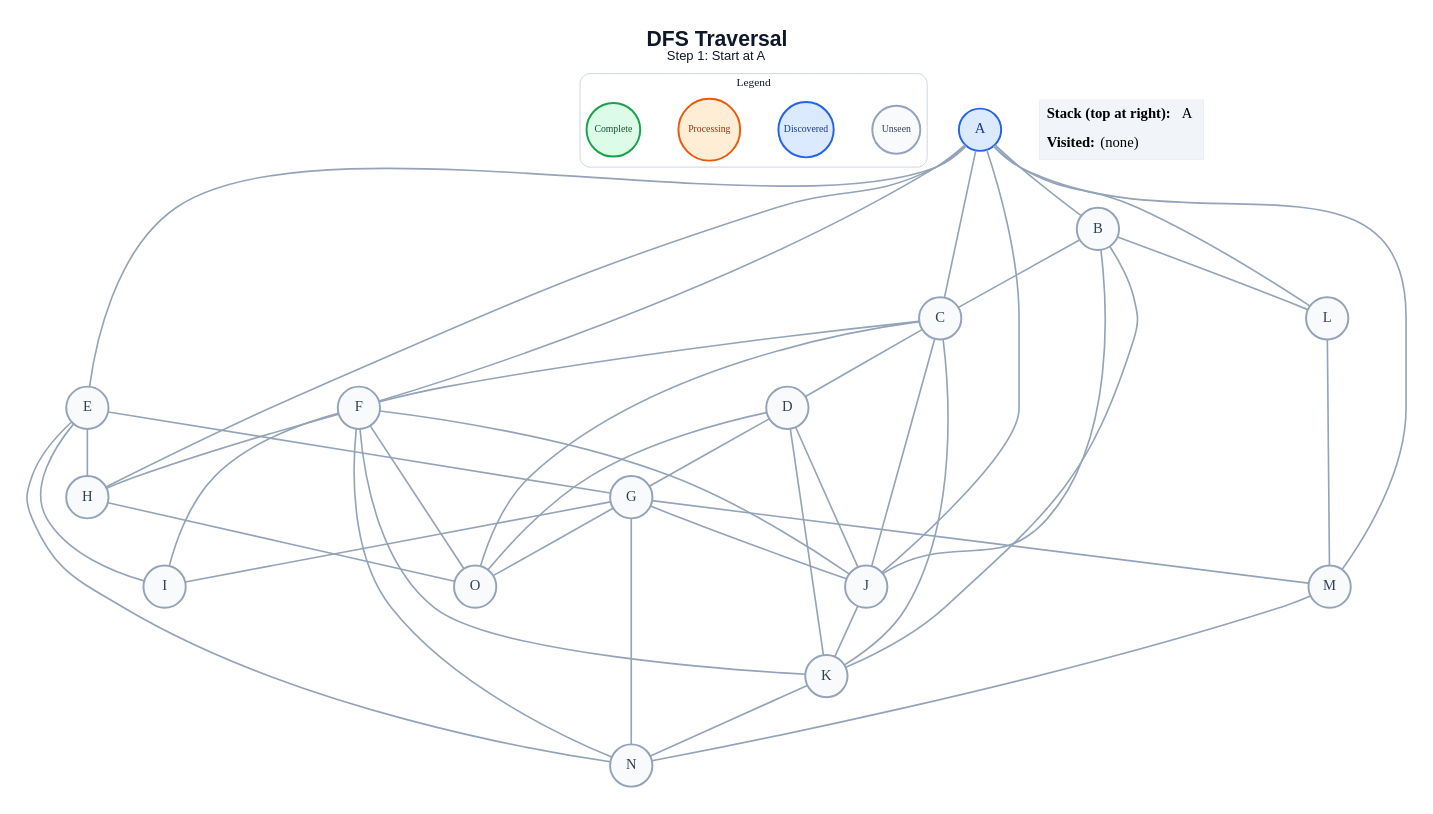
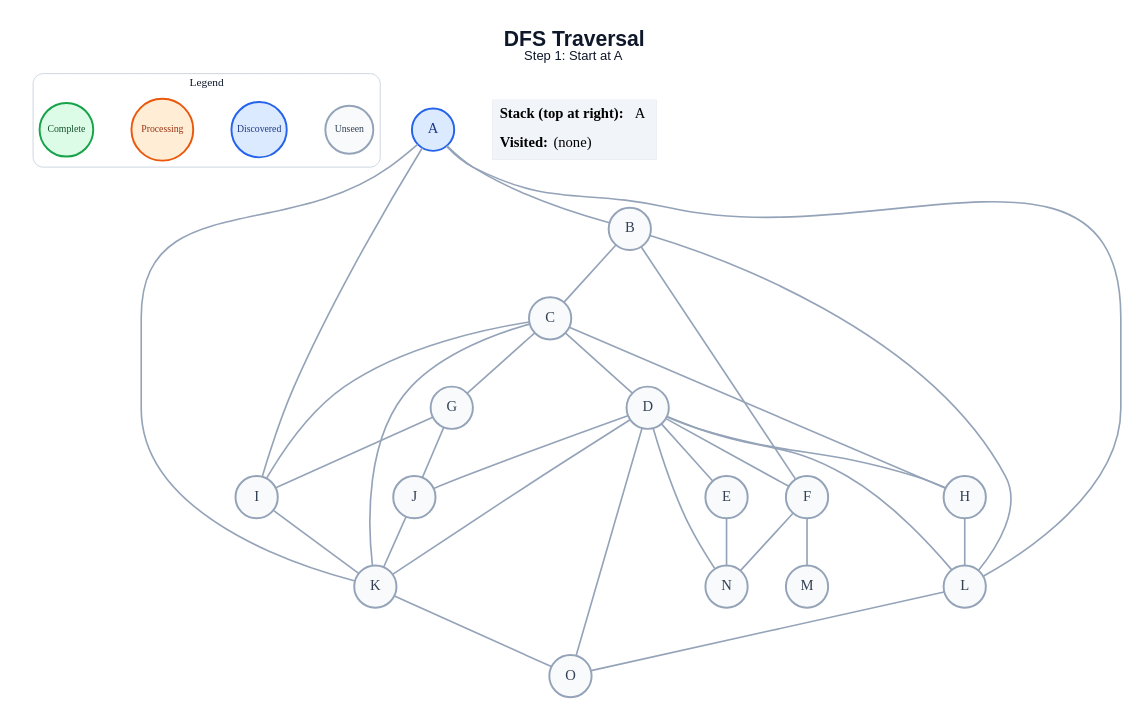
Before and after one commit to anon7238593-create/ai-slop: the diagram in generated/dfs/step_01.dot, drawn with Graphviz. The commit also changed 268 other files, not shown here.

```diff
--- a/generated/dfs/step_01.dot
+++ b/generated/dfs/step_01.dot
@@ -1,75 +1,64 @@
 graph traversal {
   graph [layout=dot, rankdir=TB, bgcolor="#FFFFFF", pad="0.35", nodesep="0.65", ranksep="0.8", fontname="Arial"];
   node [shape=circle, style="filled", fontname="Arial Bold", fontsize=18, width=0.72, fixedsize=true, penwidth=2.4];
   edge [color="#94A3B8", penwidth=2.0];
   label=<<B>DFS Traversal</B><BR/><FONT POINT-SIZE="16">Step 1: Start at A</FONT>>; labelloc="t"; fontsize=26; fontname="Arial"; fontcolor="#0F172A";
   subgraph cluster_legend { label="Legend"; color="#CBD5E1"; penwidth=1.2; style="rounded"; fontsize=14; fontname="Arial Bold";
     key_unseen [label="Unseen", fillcolor="#F8FAFC", color="#94A3B8", fontcolor="#334155", fontsize=12, width=0.82];
     key_frontier [label="Discovered", fillcolor="#DBEAFE", color="#2563EB", fontcolor="#1E3A8A", fontsize=12, width=0.95];
     key_current [label="Processing", fillcolor="#FFEDD5", color="#EA580C", fontcolor="#9A3412", fontsize=12, width=1.05];
     key_done [label="Complete", fillcolor="#DCFCE7", color="#16A34A", fontcolor="#14532D", fontsize=12, width=0.92];
     { rank=same; key_unseen; key_frontier; key_current; key_done; }
   }
-  A [fillcolor="#DBEAFE", color="#2563EB", fontcolor="#1E3A8A"];
-  B [fillcolor="#F8FAFC", color="#94A3B8", fontcolor="#334155"];
-  C [fillcolor="#F8FAFC", color="#94A3B8", fontcolor="#334155"];
-  D [fillcolor="#F8FAFC", color="#94A3B8", fontcolor="#334155"];
-  E [fillcolor="#F8FAFC", color="#94A3B8", fontcolor="#334155"];
-  F [fillcolor="#F8FAFC", color="#94A3B8", fontcolor="#334155"];
-  G [fillcolor="#F8FAFC", color="#94A3B8", fontcolor="#334155"];
-  H [fillcolor="#F8FAFC", color="#94A3B8", fontcolor="#334155"];
-  I [fillcolor="#F8FAFC", color="#94A3B8", fontcolor="#334155"];
-  J [fillcolor="#F8FAFC", color="#94A3B8", fontcolor="#334155"];
-  K [fillcolor="#F8FAFC", color="#94A3B8", fontcolor="#334155"];
-  L [fillcolor="#F8FAFC", color="#94A3B8", fontcolor="#334155"];
-  M [fillcolor="#F8FAFC", color="#94A3B8", fontcolor="#334155"];
-  N [fillcolor="#F8FAFC", color="#94A3B8", fontcolor="#334155"];
-  O [fillcolor="#F8FAFC", color="#94A3B8", fontcolor="#334155"];
+  A [label="A", fillcolor="#DBEAFE", color="#2563EB", fontcolor="#1E3A8A", peripheries=1, penwidth=2.4];
+  B [label="B", fillcolor="#F8FAFC", color="#94A3B8", fontcolor="#334155", peripheries=1, penwidth=2.4];
+  C [label="C", fillcolor="#F8FAFC", color="#94A3B8", fontcolor="#334155", peripheries=1, penwidth=2.4];
+  D [label="D", fillcolor="#F8FAFC", color="#94A3B8", fontcolor="#334155", peripheries=1, penwidth=2.4];
+  E [label="E", fillcolor="#F8FAFC", color="#94A3B8", fontcolor="#334155", peripheries=1, penwidth=2.4];
+  F [label="F", fillcolor="#F8FAFC", color="#94A3B8", fontcolor="#334155", peripheries=1, penwidth=2.4];
+  G [label="G", fillcolor="#F8FAFC", color="#94A3B8", fontcolor="#334155", peripheries=1, penwidth=2.4];
+  H [label="H", fillcolor="#F8FAFC", color="#94A3B8", fontcolor="#334155", peripheries=1, penwidth=2.4];
+  I [label="I", fillcolor="#F8FAFC", color="#94A3B8", fontcolor="#334155", peripheries=1, penwidth=2.4];
+  J [label="J", fillcolor="#F8FAFC", color="#94A3B8", fontcolor="#334155", peripheries=1, penwidth=2.4];
+  K [label="K", fillcolor="#F8FAFC", color="#94A3B8", fontcolor="#334155", peripheries=1, penwidth=2.4];
+  L [label="L", fillcolor="#F8FAFC", color="#94A3B8", fontcolor="#334155", peripheries=1, penwidth=2.4];
+  M [label="M", fillcolor="#F8FAFC", color="#94A3B8", fontcolor="#334155", peripheries=1, penwidth=2.4];
+  N [label="N", fillcolor="#F8FAFC", color="#94A3B8", fontcolor="#334155", peripheries=1, penwidth=2.4];
+  O [label="O", fillcolor="#F8FAFC", color="#94A3B8", fontcolor="#334155", peripheries=1, penwidth=2.4];
   A -- B;
-  A -- C;
-  A -- E;
-  A -- F;
-  A -- H;
-  A -- J;
+  A -- I;
+  A -- K;
   A -- L;
-  A -- M;
   B -- C;
-  B -- J;
-  B -- K;
+  B -- F;
   B -- L;
   C -- D;
-  C -- F;
-  C -- J;
+  C -- G;
+  C -- H;
+  C -- I;
   C -- K;
-  C -- O;
-  D -- G;
+  D -- E;
+  D -- F;
+  D -- H;
   D -- J;
   D -- K;
+  D -- L;
+  D -- N;
   D -- O;
-  E -- G;
-  E -- H;
-  E -- I;
   E -- N;
-  F -- H;
-  F -- I;
-  F -- J;
-  F -- K;
+  F -- M;
   F -- N;
-  F -- O;
   G -- I;
   G -- J;
-  G -- M;
-  G -- N;
-  G -- O;
-  H -- O;
+  H -- L;
+  I -- K;
   J -- K;
-  K -- N;
-  L -- M;
-  M -- N;
+  K -- O;
+  L -- O;
   status [shape=plain, fixedsize=false, width=0, height=0, margin=0, label=<
     <TABLE BORDER="0" CELLBORDER="0" CELLPADDING="7" BGCOLOR="#F1F5F9">
       <TR><TD ALIGN="LEFT"><B>Stack (top at right):</B> A</TD></TR>
       <TR><TD ALIGN="LEFT"><B>Visited:</B> (none)</TD></TR>
     </TABLE>
   >];
 }
```
